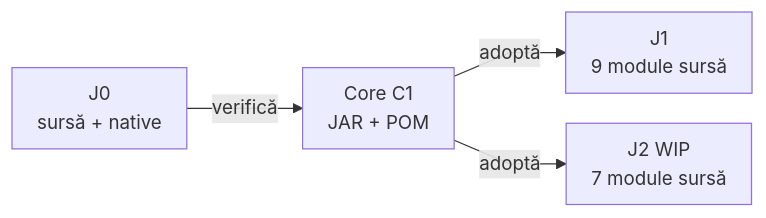
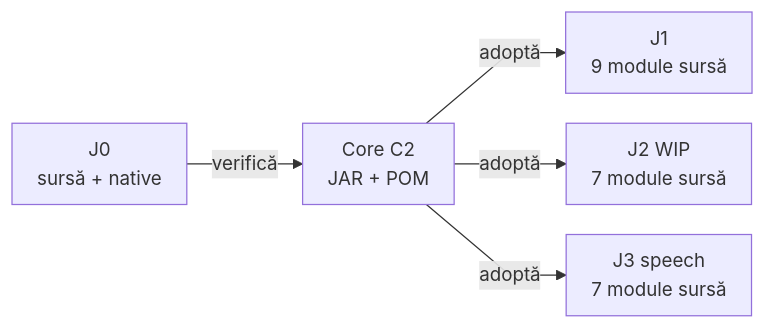
The diagram in docs/ATF_Core_Consumer.md (crististefanita/atf_j0), drawn with Mermaid before and after one commit. The commit also changed other lines of this file and 46 other files, not shown here.

````diff
--- a/docs/ATF_Core_Consumer.md
+++ b/docs/ATF_Core_Consumer.md
@@ -57,7 +57,8 @@
 ```mermaid
 %%{init: {"themeVariables":{"fontSize":"15px"},"themeCSS":".nodeLabel, .nodeLabel p { font-size: 15px !important; line-height: 1.35 !important; } .edgeLabel, .edgeLabel p { font-size: 12px !important; font-weight: 400 !important; line-height: 1.2 !important; } .edgeLabel .labelBkg, .edgeLabel p { background: transparent !important; } .edgeLabel foreignObject { transform: translateY(-18px); overflow: visible; } .node rect { rx: 6px; ry: 6px; }","flowchart":{"curve":"linear","nodeSpacing":24,"rankSpacing":40,"padding":10,"diagramPadding":16}}}%%
 flowchart LR
-    Owner["J0<br/>sursă + native"] -->|verifică| Binary["Core C1<br/>JAR + POM"]
+    Owner["J0<br/>sursă + native"] -->|verifică| Binary["Core C2<br/>JAR + POM"]
     Binary -->|adoptă| J1["J1<br/>9 module sursă"]
     Binary -->|adoptă| J2["J2 WIP<br/>7 module sursă"]
+    Binary -->|adoptă| J3["J3 speech<br/>7 module sursă"]
 ```
````
